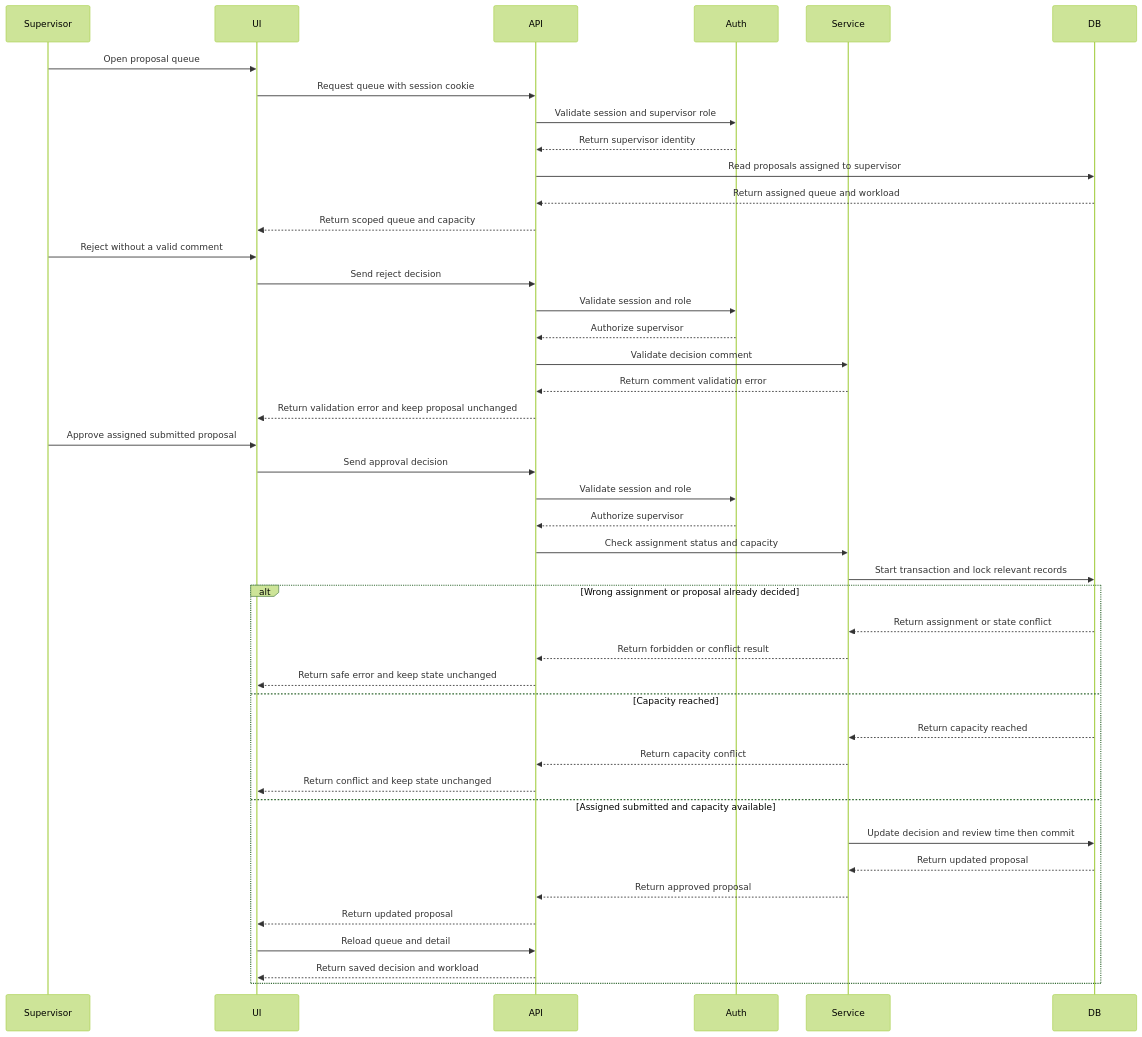
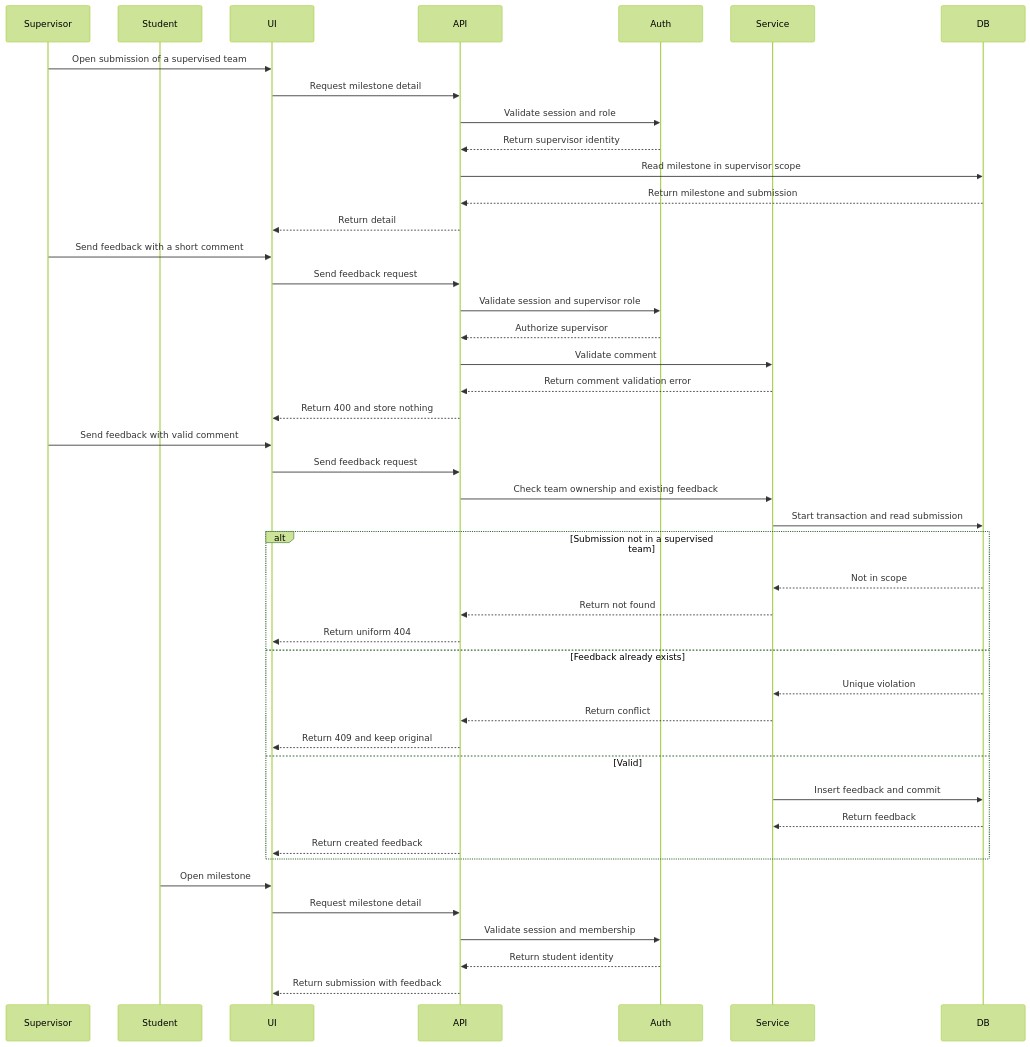
The second of 2 diagrams in docs/sprints/sprint-1/plan.md (N0M3KM/CPMS), drawn with Mermaid (forest theme) before and after one commit. The commit also changed other lines of this file and 21 other files, not shown here.

````diff
--- a/docs/sprints/sprint-1/plan.md
+++ b/docs/sprints/sprint-1/plan.md
@@ -122,45 +132,46 @@
 ```mermaid
 sequenceDiagram
   participant Supervisor
+  participant Student
   participant UI
   participant API
   participant Auth
   participant Service
   participant DB
-  Supervisor->>UI: Open proposal queue
-  UI->>API: Request queue with session cookie
+  Supervisor->>UI: Open submission of a supervised team
+  UI->>API: Request milestone detail
+  API->>Auth: Validate session and role
+  Auth-->>API: Return supervisor identity
+  API->>DB: Read milestone in supervisor scope
+  DB-->>API: Return milestone and submission
+  API-->>UI: Return detail
+  Supervisor->>UI: Send feedback with a short comment
+  UI->>API: Send feedback request
   API->>Auth: Validate session and supervisor role
-  Auth-->>API: Return supervisor identity
-  API->>DB: Read proposals assigned to supervisor
-  DB-->>API: Return assigned queue and workload
-  API-->>UI: Return scoped queue and capacity
-  Supervisor->>UI: Reject without a valid comment
-  UI->>API: Send reject decision
-  API->>Auth: Validate session and role
   Auth-->>API: Authorize supervisor
-  API->>Service: Validate decision comment
+  API->>Service: Validate comment
   Service-->>API: Return comment validation error
-  API-->>UI: Return validation error and keep proposal unchanged
-  Supervisor->>UI: Approve assigned submitted proposal
-  UI->>API: Send approval decision
-  API->>Auth: Validate session and role
-  Auth-->>API: Authorize supervisor
-  API->>Service: Check assignment status and capacity
-  Service->>DB: Start transaction and lock relevant records
-  alt Wrong assignment or proposal already decided
-    DB-->>Service: Return assignment or state conflict
-    Service-->>API: Return forbidden or conflict result
-    API-->>UI: Return safe error and keep state unchanged
-  else Capacity reached
-    DB-->>Service: Return capacity reached
-    Service-->>API: Return capacity conflict
-    API-->>UI: Return conflict and keep state unchanged
-  else Assigned submitted and capacity available
-    Service->>DB: Update decision and review time then commit
-    DB-->>Service: Return updated proposal
-    Service-->>API: Return approved proposal
-    API-->>UI: Return updated proposal
-    UI->>API: Reload queue and detail
-    API-->>UI: Return saved decision and workload
+  API-->>UI: Return 400 and store nothing
+  Supervisor->>UI: Send feedback with valid comment
+  UI->>API: Send feedback request
+  API->>Service: Check team ownership and existing feedback
+  Service->>DB: Start transaction and read submission
+  alt Submission not in a supervised team
+    DB-->>Service: Not in scope
+    Service-->>API: Return not found
+    API-->>UI: Return uniform 404
+  else Feedback already exists
+    DB-->>Service: Unique violation
+    Service-->>API: Return conflict
+    API-->>UI: Return 409 and keep original
+  else Valid
+    Service->>DB: Insert feedback and commit
+    DB-->>Service: Return feedback
+    API-->>UI: Return created feedback
   end
+  Student->>UI: Open milestone
+  UI->>API: Request milestone detail
+  API->>Auth: Validate session and membership
+  Auth-->>API: Return student identity
+  API-->>UI: Return submission with feedback
 ```
````
